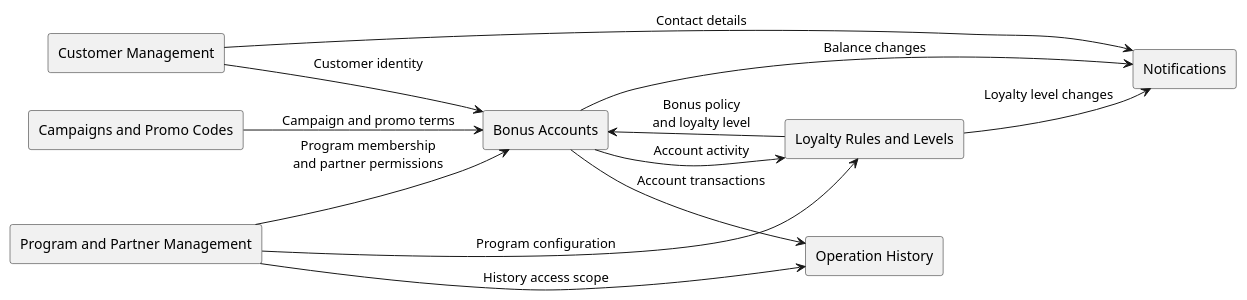
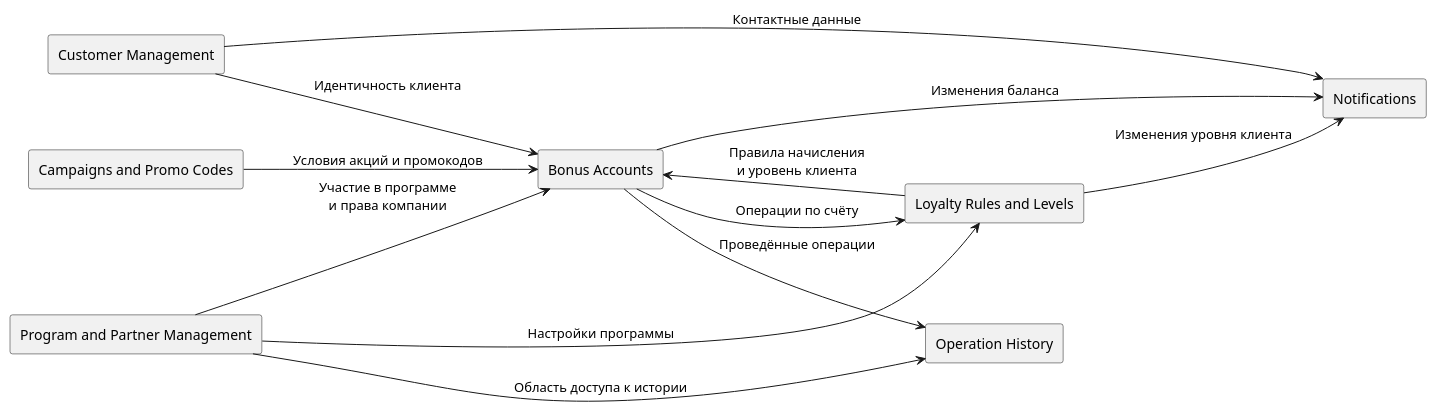
Before and after one commit to Andryss/MicroservicesLab1: the first of 3 diagrams in docs/decomposition.md, drawn with PlantUML. The commit also changed other lines of this file and 5 other files, not shown here.

Commit message:
docs: add C4 diagrams and improve architecture visualization

````diff
--- a/docs/decomposition.md
+++ b/docs/decomposition.md
@@ -32,26 +32,25 @@
 ```plantuml
 @startuml ContextMap
-!pragma layout smetana
 left to right direction
 
 rectangle "Customer Management" as customers
 rectangle "Program and Partner Management" as programs
 rectangle "Bonus Accounts" as accounts
 rectangle "Loyalty Rules and Levels" as loyalty
 rectangle "Campaigns and Promo Codes" as campaigns
 rectangle "Notifications" as notifications
 rectangle "Operation History" as history
 
-customers --> accounts : Customer identity
-customers --> notifications : Contact details
-programs --> accounts : Program membership\nand partner permissions
-programs --> history : History access scope
-programs --> loyalty : Program configuration
-campaigns --> accounts : Campaign and promo terms
-loyalty --> accounts : Bonus policy\nand loyalty level
-accounts --> loyalty : Account activity
-accounts --> history : Account transactions
-accounts --> notifications : Balance changes
-loyalty --> notifications : Loyalty level changes
+customers --> accounts : Идентичность клиента
+customers --> notifications : Контактные данные
+programs --> accounts : Участие в программе\nи права компании
+programs --> history : Область доступа к истории
+programs --> loyalty : Настройки программы
+campaigns --> accounts : Условия акций и промокодов
+loyalty --> accounts : Правила начисления\nи уровень клиента
+accounts --> loyalty : Операции по счёту
+accounts --> history : Проведённые операции
+accounts --> notifications : Изменения баланса
+loyalty --> notifications : Изменения уровня клиента
 @enduml
 ```
````
